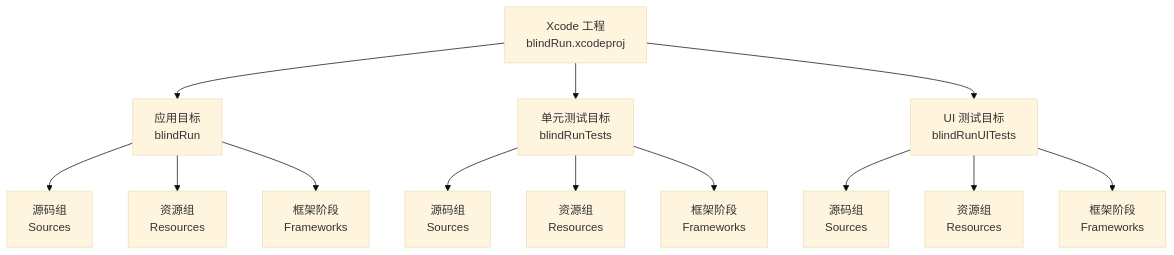
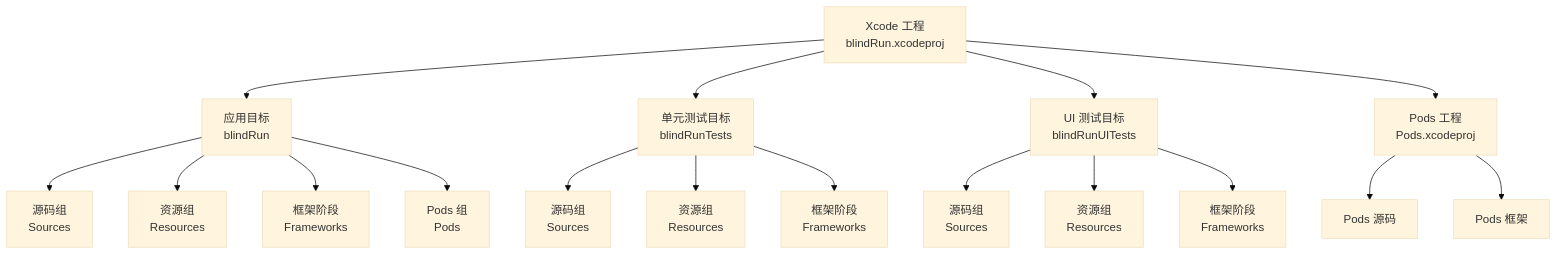
The first of 4 diagrams in .qoder/repowiki/zh/content/配置与部署/构建配置.md (Jayden23018/blind-run-ios), drawn with Mermaid (base theme) before and after one commit. The commit also changed other lines of this file and 55 other files, not shown here.

````diff
--- a/.qoder/repowiki/zh/content/配置与部署/构建配置.md
+++ b/.qoder/repowiki/zh/content/配置与部署/构建配置.md
@@ -39,15 +59,19 @@
 ```mermaid
 graph TB
 proj["Xcode 工程<br/>blindRun.xcodeproj"] --> app_tgt["应用目标<br/>blindRun"]
 proj --> tests_tgt["单元测试目标<br/>blindRunTests"]
 proj --> uitests_tgt["UI 测试目标<br/>blindRunUITests"]
+proj --> pods_proj["Pods 工程<br/>Pods.xcodeproj"]
 app_tgt --> src_group["源码组<br/>Sources"]
 app_tgt --> res_group["资源组<br/>Resources"]
 app_tgt --> fw_phase["框架阶段<br/>Frameworks"]
+app_tgt --> pods_group["Pods 组<br/>Pods"]
 tests_tgt --> t_src_group["源码组<br/>Sources"]
 tests_tgt --> t_res_group["资源组<br/>Resources"]
 tests_tgt --> t_fw_phase["框架阶段<br/>Frameworks"]
 uitests_tgt --> ui_src_group["源码组<br/>Sources"]
 uitests_tgt --> ui_res_group["资源组<br/>Resources"]
 uitests_tgt --> ui_fw_phase["框架阶段<br/>Frameworks"]
+pods_proj --> pods_src["Pods 源码"]
+pods_proj --> pods_fw["Pods 框架"]
 ```
````
